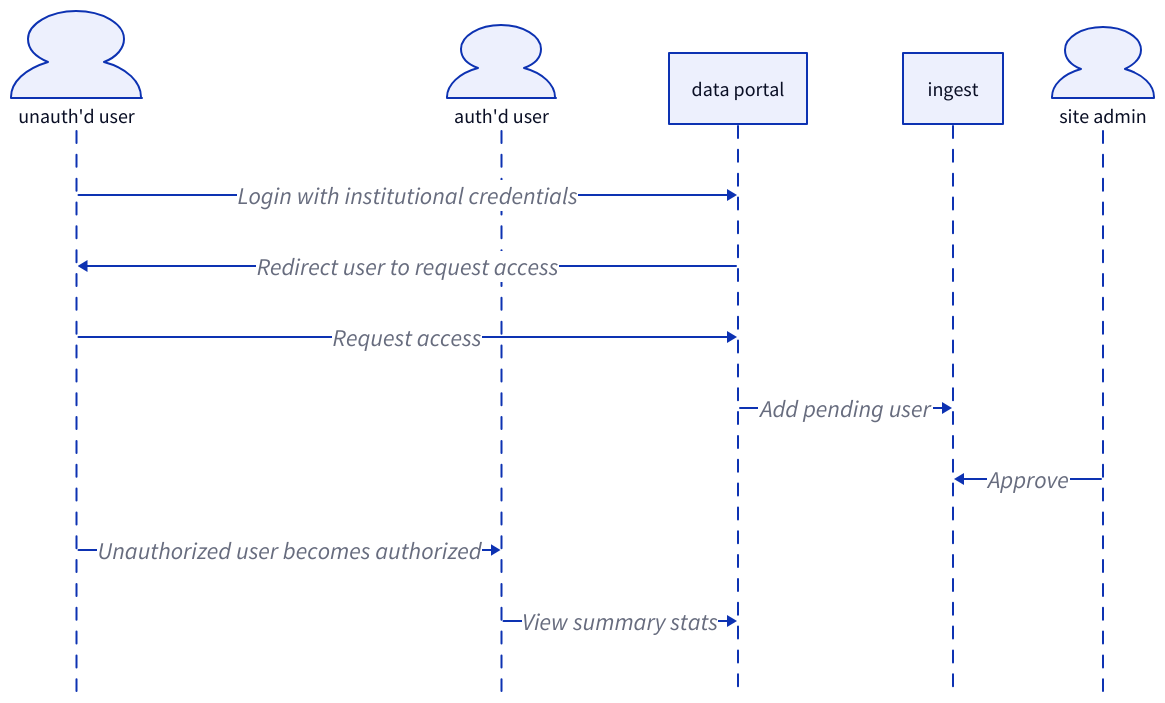
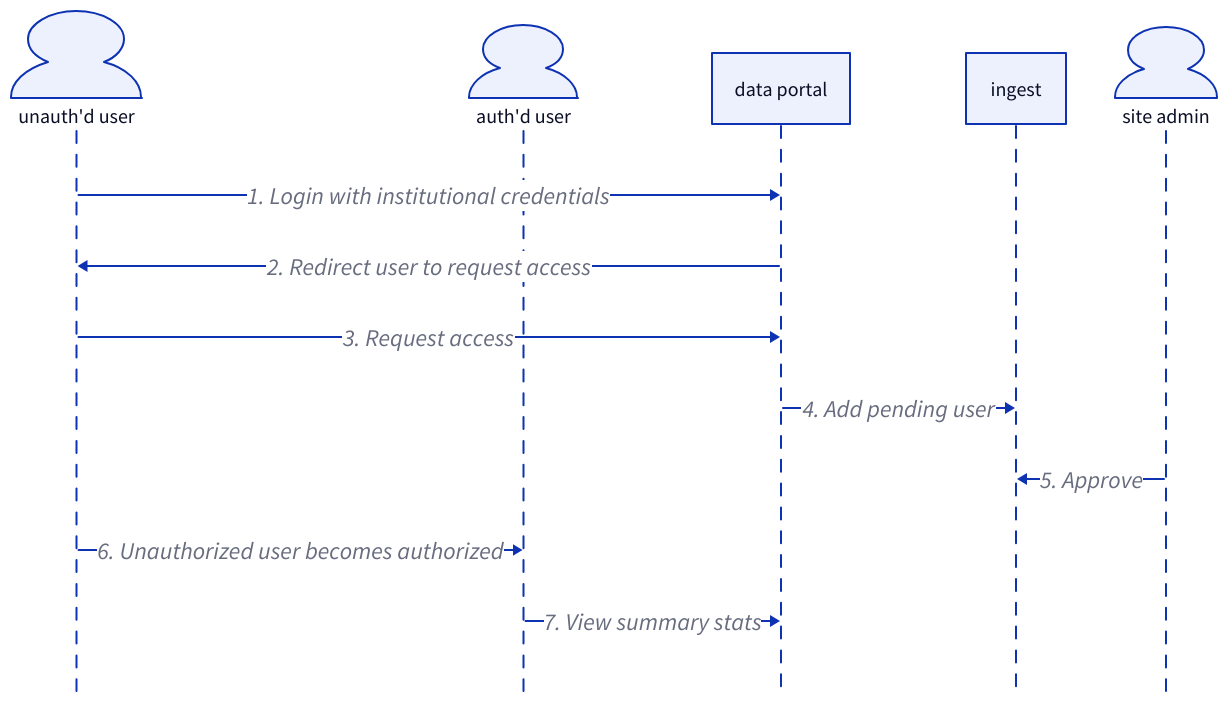
Before and after one commit to CanDIG/CanDIGv2: the first of 2 diagrams in docs/src/content/docs/user-roles/user-roles.mdx, drawn with D2. The commit also changed other lines of this file and 8 other files, not shown here.

````diff
--- a/docs/src/content/docs/user-roles/user-roles.mdx
+++ b/docs/src/content/docs/user-roles/user-roles.mdx
@@ -13,21 +13,21 @@
 ```d2 
 # User request flow
 shape: sequence_diagram
 unauth'd user: {shape: person}
 unauth'd user.style.font-size: 20
 auth'd user: {shape: person}
 auth'd user.style.font-size: 20
 data portal
 data portal.style.font-size: 20
 ingest
 ingest.style.font-size: 20
 site admin: {shape: person}
 site admin.style.font-size: 20
-unauth'd user -> data portal: Login with institutional credentials {style: {font-size: 24}}
-data portal -> unauth'd user: Redirect user to request access {style: {font-size: 24}}
-unauth'd user -> data portal: Request access {style: {font-size: 24}}
-data portal -> ingest: Add pending user {style: {font-size: 24}}
-site admin -> ingest: Approve {style: {font-size: 24}}
-unauth'd user -> auth'd user: Unauthorized user becomes authorized {style: {font-size: 24}}
-auth'd user -> data portal: View summary stats {style: {font-size: 24}}
+unauth'd user -> data portal: 1. Login with institutional credentials {style: {font-size: 24}}
+data portal -> unauth'd user: 2. Redirect user to request access {style: {font-size: 24}}
+unauth'd user -> data portal: 3. Request access {style: {font-size: 24}}
+data portal -> ingest: 4. Add pending user {style: {font-size: 24}}
+site admin -> ingest: 5. Approve {style: {font-size: 24}}
+unauth'd user -> auth'd user: 6. Unauthorized user becomes authorized {style: {font-size: 24}}
+auth'd user -> data portal: 7. View summary stats {style: {font-size: 24}}
 ```
````
